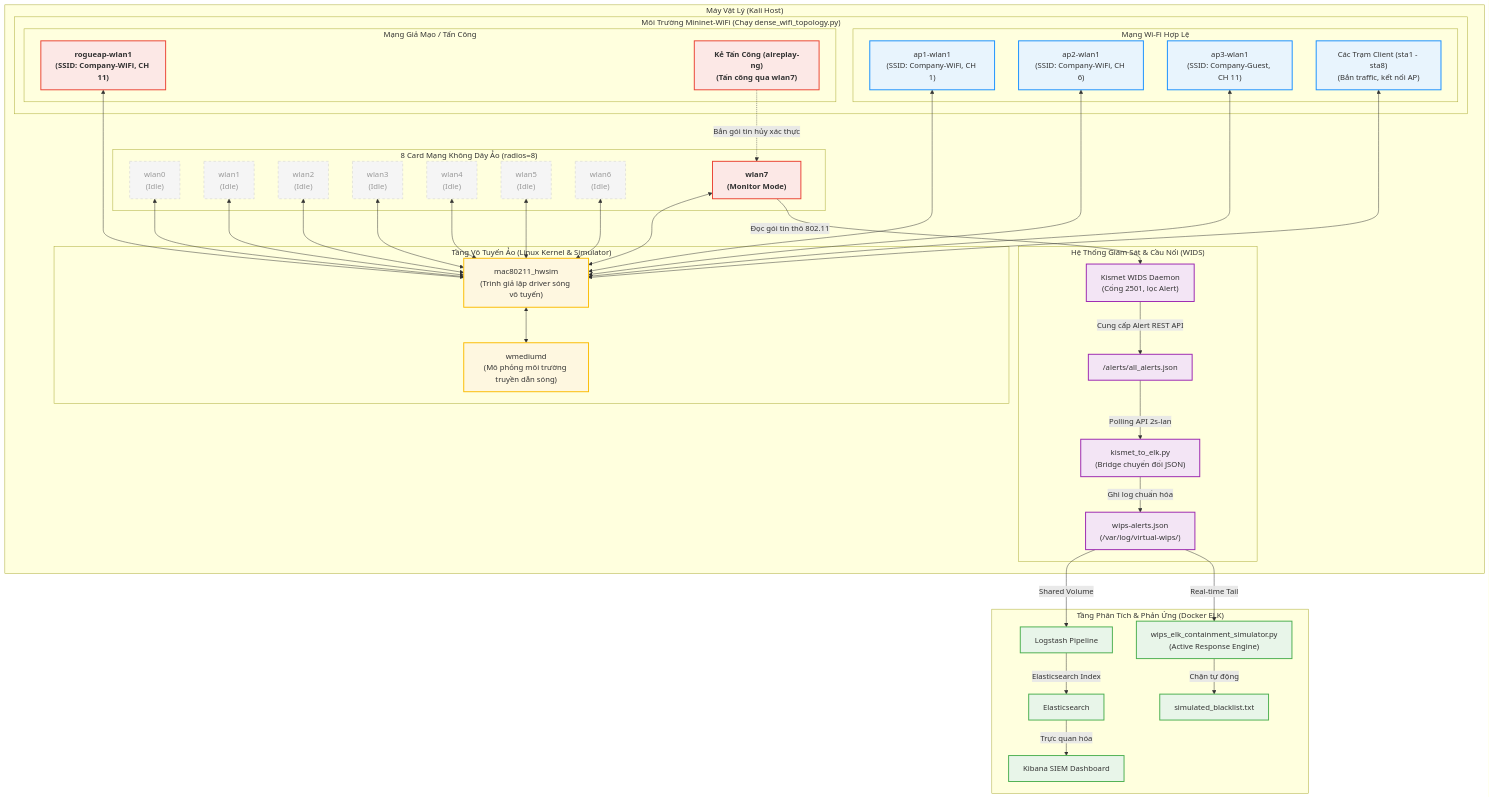
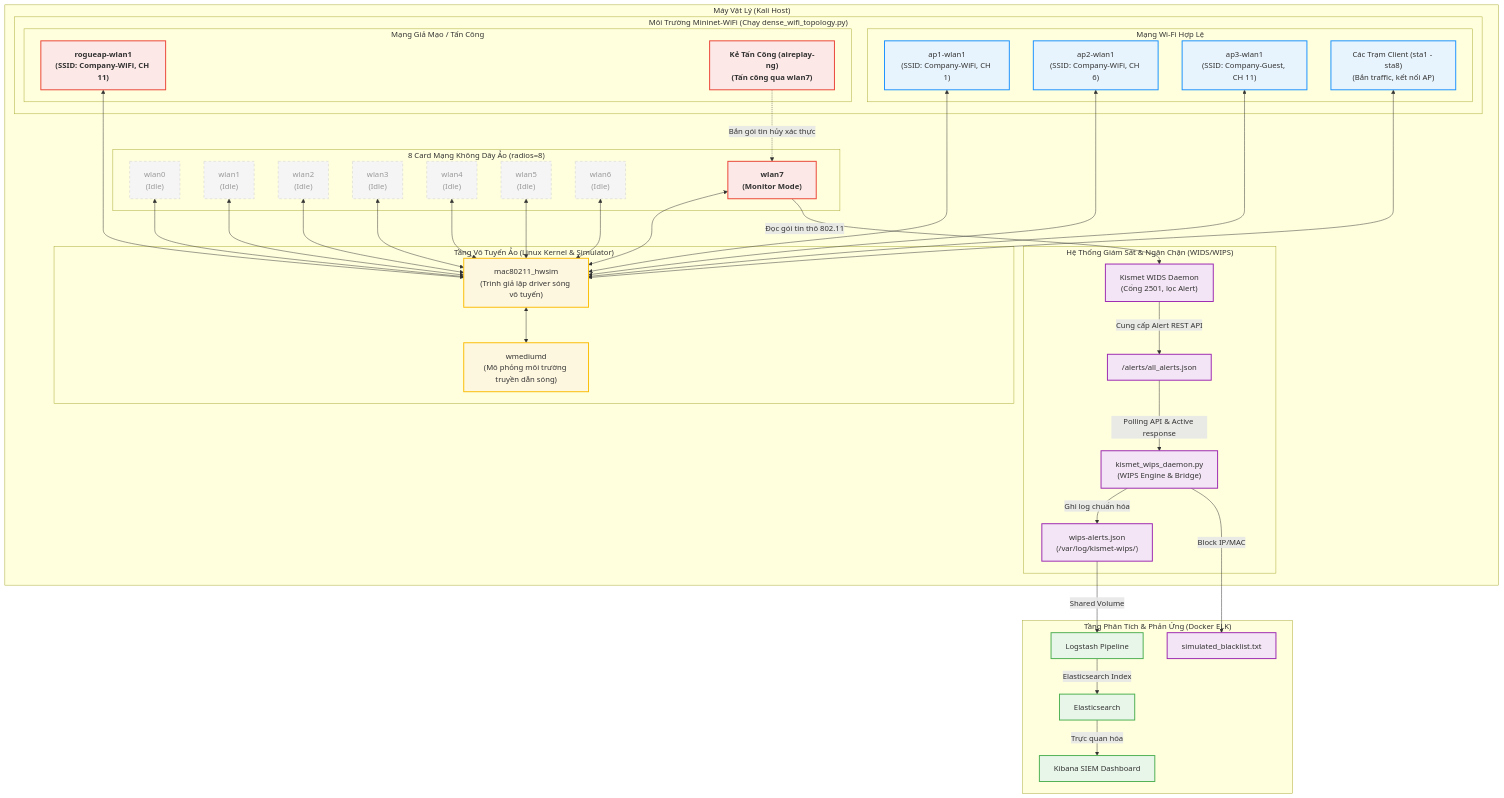
The diagram in kismet_wids_integration_guide.md (ph4n10m1808/wireless-mobile-network-security-project), drawn with Mermaid before and after one commit. The commit also changed other lines of this file and 14 other files, not shown here.

First line of the commit message:
Refactor WIDS/WIPS: unify active defense engine & clean up redundant code

````diff
--- a/kismet_wids_integration_guide.md
+++ b/kismet_wids_integration_guide.md
@@ -28,77 +28,75 @@
 ```mermaid
 graph TD
     %% Styling
     classDef idle fill:#f5f5f5,stroke:#ccc,stroke-dasharray: 5 5,color:#999;
     classDef active fill:#e8f4fd,stroke:#1890ff,stroke-width:2px;
     classDef monitor fill:#fce8e6,stroke:#ea4335,stroke-width:2px,font-weight:bold;
     classDef core fill:#fef7e0,stroke:#fbbc04,stroke-width:2px;
     classDef wids fill:#f3e5f5,stroke:#9c27b0,stroke-width:2px;
     classDef siem fill:#e8f5e9,stroke:#4caf50,stroke-width:2px;
 
     subgraph Host ["Máy Vật Lý (Kali Host)"]
         subgraph Driver ["Tầng Vô Tuyến Ảo (Linux Kernel & Simulator)"]
             HWSIM["mac80211_hwsim<br>(Trình giả lập driver sóng vô tuyến)"]:::core
             WMED["wmediumd<br>(Mô phỏng môi trường truyền dẫn sóng)"]:::core
             HWSIM <--> WMED
         end
 
         subgraph Radios ["8 Card Mạng Không Dây Ảo (radios=8)"]
             w0["wlan0<br>(Idle)"]:::idle
             w1["wlan1<br>(Idle)"]:::idle
             w2["wlan2<br>(Idle)"]:::idle
             w3["wlan3<br>(Idle)"]:::idle
             w4["wlan4<br>(Idle)"]:::idle
             w5["wlan5<br>(Idle)"]:::idle
             w6["wlan6<br>(Idle)"]:::idle
             w7["wlan7<br>(Monitor Mode)"]:::monitor
         end
 
         %% Connections to Virtual Air
         w0 <--> HWSIM
         w1 <--> HWSIM
         w2 <--> HWSIM
         w3 <--> HWSIM
         w4 <--> HWSIM
         w5 <--> HWSIM
         w6 <--> HWSIM
         w7 <--> HWSIM
 
         subgraph MN ["Môi Trường Mininet-WiFi (Chạy dense_wifi_topology.py)"]
             subgraph Legit ["Mạng Wi-Fi Hợp Lệ"]
                 ap1["ap1-wlan1<br>(SSID: Company-WiFi, CH 1)"]:::active
                 ap2["ap2-wlan1<br>(SSID: Company-WiFi, CH 6)"]:::active
                 ap3["ap3-wlan1<br>(SSID: Company-Guest, CH 11)"]:::active
                 STAs["Các Trạm Client (sta1 - sta8)<br>(Bắn traffic, kết nối AP)"]:::active
             end
 
             subgraph Rogue ["Mạng Giả Mạo / Tấn Công"]
                 rap["rogueap-wlan1<br>(SSID: Company-WiFi, CH 11)"]:::monitor
                 atk["Kẻ Tấn Công (aireplay-ng)<br>(Tấn công qua wlan7)"]:::monitor
             end
 
             ap1 <--> HWSIM
             ap2 <--> HWSIM
             ap3 <--> HWSIM
             STAs <--> HWSIM
             rap <--> HWSIM
             atk -.->|Bắn gói tin hủy xác thực| w7
         end
 
-        subgraph WIDS ["Hệ Thống Giám Sát & Cầu Nối (WIDS)"]
+        subgraph WIDS ["Hệ Thống Giám Sát & Ngăn Chặn (WIDS/WIPS)"]
             w7 -->|Đọc gói tin thô 802.11| K["Kismet WIDS Daemon<br>(Cổng 2501, lọc Alert)"]:::wids
             K -->|Cung cấp Alert REST API| KA["/alerts/all_alerts.json"]:::wids
-            KA -->|Polling API 2s-lan| B["kismet_to_elk.py<br>(Bridge chuyển đổi JSON)"]:::wids
-            B -->|Ghi log chuẩn hóa| L["wips-alerts.json<br>(/var/log/virtual-wips/)"]:::wids
+            KA -->|Polling API & Active response| AR["kismet_wips_daemon.py<br>(WIPS Engine & Bridge)"]:::wids
+            AR -->|Ghi log chuẩn hóa| L["wips-alerts.json<br>(/var/log/kismet-wips/)"]:::wids
         end
     end
 
     subgraph SIEM ["Tầng Phân Tích & Phản Ứng (Docker ELK)"]
         L -->|Shared Volume| LS["Logstash Pipeline"]:::siem
         LS -->|Elasticsearch Index| ES["Elasticsearch"]:::siem
         ES -->|Trực quan hóa| KB["Kibana SIEM Dashboard"]:::siem
         
-        %% Active Response Connection
-        L -->|Real-time Tail| AR["wips_elk_containment_simulator.py<br>(Active Response Engine)"]:::siem
-        AR -->|Chặn tự động| BL["simulated_blacklist.txt"]:::siem
+        AR -->|Block IP/MAC| BL["simulated_blacklist.txt"]:::wids
     end
 ```
````
